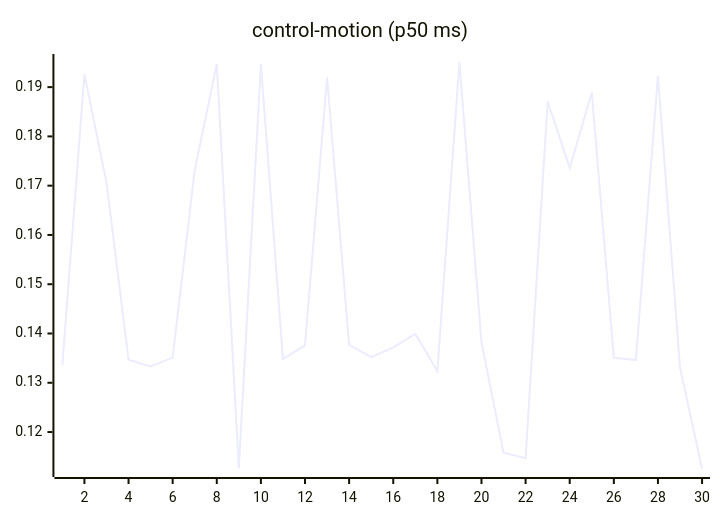
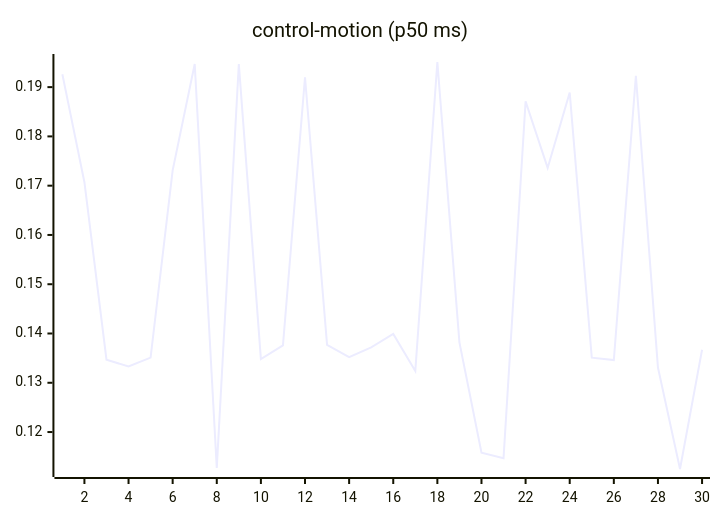
One commit to josha/Facet changed the seventh of 27 diagrams in README.md. Above: the diagram before and after it, drawn with Mermaid. The commit also changed other lines of this file and 2 other files, not shown here.

````diff
--- a/README.md
+++ b/README.md
@@ -105,6 +105,6 @@
 ```mermaid
 xychart-beta
     title "control-motion (p50 ms)"
     x-axis 1 --> 30
-    line [0.1336, 0.1926, 0.1707, 0.1347, 0.1333, 0.1351, 0.1731, 0.1947, 0.1127, 0.1947, 0.1348, 0.1376, 0.1920, 0.1377, 0.1352, 0.1372, 0.1399, 0.1324, 0.1951, 0.1382, 0.1158, 0.1147, 0.1871, 0.1736, 0.1889, 0.1351, 0.1346, 0.1923, 0.1331, 0.1125]
+    line [0.1926, 0.1707, 0.1347, 0.1333, 0.1351, 0.1731, 0.1947, 0.1127, 0.1947, 0.1348, 0.1376, 0.1920, 0.1377, 0.1352, 0.1372, 0.1399, 0.1324, 0.1951, 0.1382, 0.1158, 0.1147, 0.1871, 0.1736, 0.1889, 0.1351, 0.1346, 0.1923, 0.1331, 0.1125, 0.1367]
 ```
````
